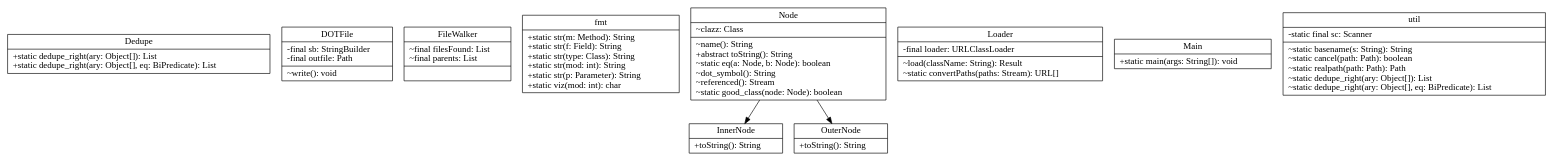
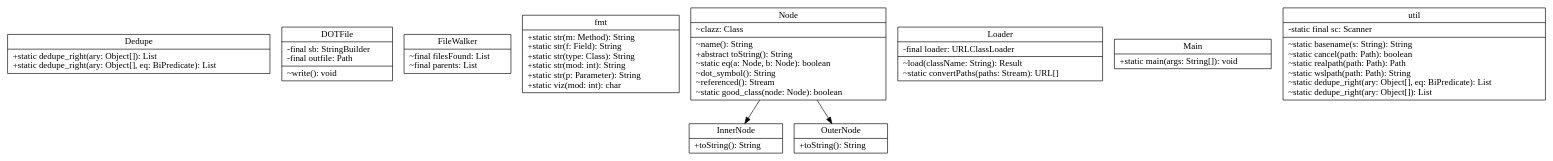
Before and after one commit to coalpha/uml-jenerate: the diagram in UML.dot, drawn with Graphviz. The commit also changed 10 other files, not shown here.

```diff
--- a/UML.dot
+++ b/UML.dot
@@ -1,116 +1,116 @@
 digraph UML {
    node [
       fontname="Bitstream Vera Sans"
       fontsize=14
       shape=record
    ]
 
    "Dedupe" [
       label="{
          Dedupe
          |
          +static dedupe_right(ary: Object[]): List\l
          +static dedupe_right(ary: Object[], eq: BiPredicate): List\l
       }"
    ]
 
    "DOTFile" [
       label="{
          DOTFile
          |
          -final sb: StringBuilder\l
          -final outfile: Path\l
          |
          ~write(): void\l
       }"
    ]
 
    "FileWalker" [
       label="{
          FileWalker
          |
          ~final filesFound: List\l
          ~final parents: List\l
-         |
       }"
    ]
 
    "fmt" [
       label="{
          fmt
          |
          +static str(m: Method): String\l
          +static str(f: Field): String\l
          +static str(type: Class): String\l
          +static str(mod: int): String\l
          +static str(p: Parameter): String\l
          +static viz(mod: int): char\l
       }"
    ]
 
    "InnerNode" [
       label="{
          InnerNode
          |
          +toString(): String\l
       }"
    ]
 
    "Loader" [
       label="{
          Loader
          |
          -final loader: URLClassLoader\l
          |
          ~load(className: String): Result\l
          ~static convertPaths(paths: Stream): URL[]\l
       }"
    ]
 
    "Main" [
       label="{
          Main
          |
          +static main(args: String[]): void\l
       }"
    ]
 
    "Node" [
       label="{
          Node
          |
          ~clazz: Class\l
          |
          ~name(): String\l
          +abstract toString(): String\l
          ~static eq(a: Node, b: Node): boolean\l
          ~dot_symbol(): String\l
          ~referenced(): Stream\l
          ~static good_class(node: Node): boolean\l
       }"
    ]
 
    "OuterNode" [
       label="{
          OuterNode
          |
          +toString(): String\l
       }"
    ]
 
    "util" [
       label="{
          util
          |
          -static final sc: Scanner\l
          |
          ~static basename(s: String): String\l
          ~static cancel(path: Path): boolean\l
          ~static realpath(path: Path): Path\l
+         ~static wslpath(path: Path): String\l
+         ~static dedupe_right(ary: Object[], eq: BiPredicate): List\l
          ~static dedupe_right(ary: Object[]): List\l
-         ~static dedupe_right(ary: Object[], eq: BiPredicate): List\l
       }"
    ]
    "Node" -> "InnerNode"
    "Node" -> "OuterNode"
 }
```
